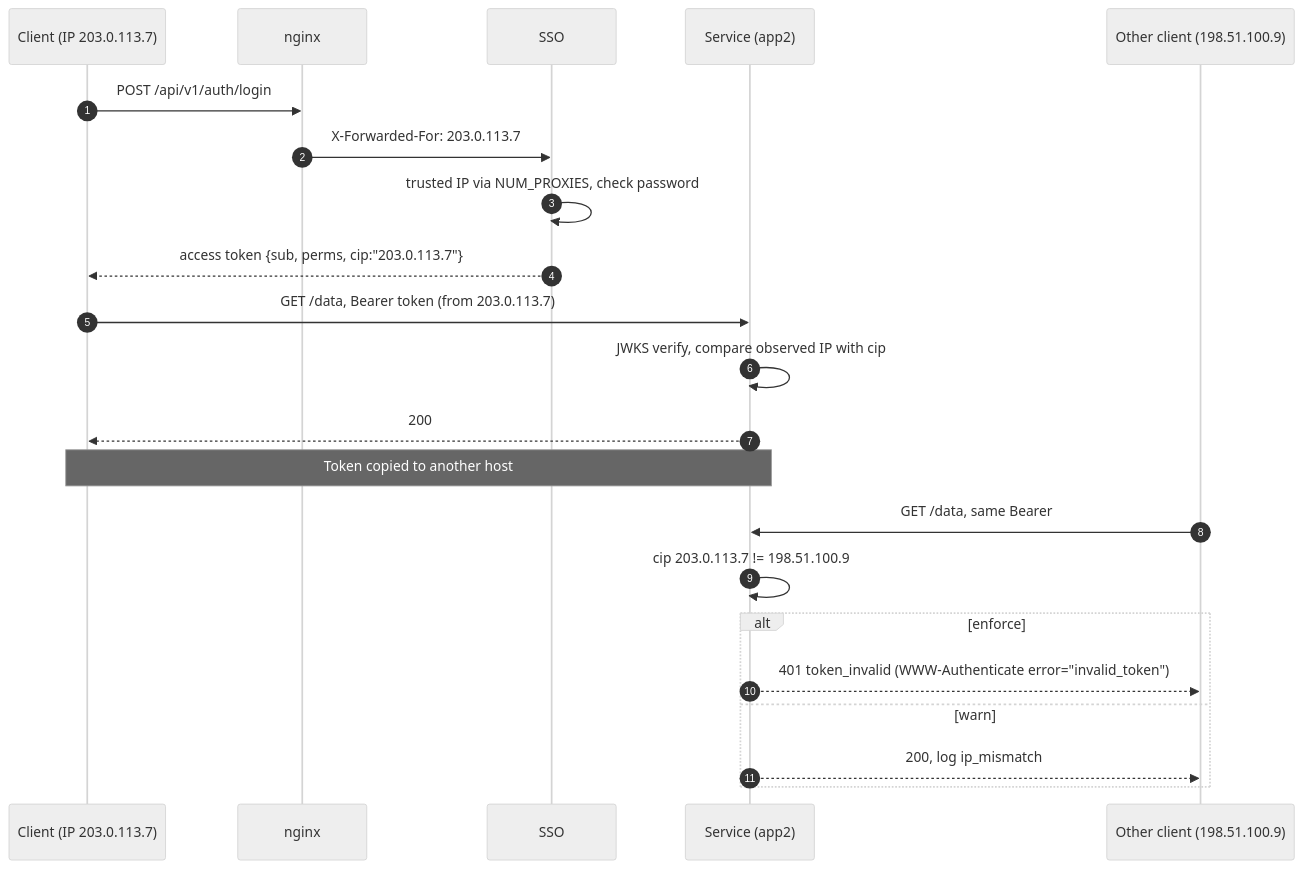
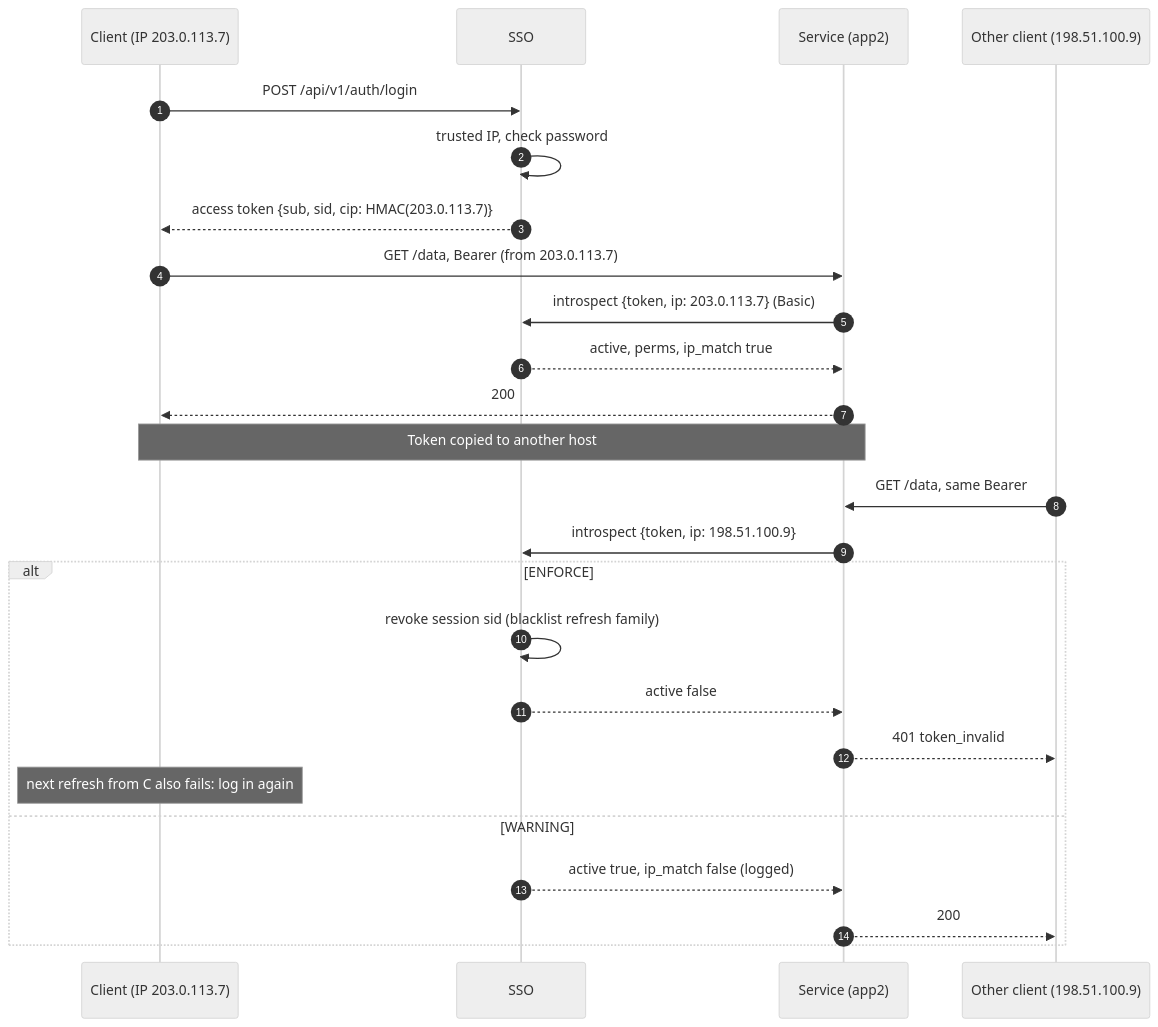
The fourth of 10 diagrams in docs/DESIGN-v1.2-requirements.md (Neural-Matrix-LLC/SSO-server), drawn with Mermaid (neutral theme) before and after one commit. The commit also changed other lines of this file and 4 other files, not shown here.

````diff
--- a/docs/DESIGN-v1.2-requirements.md
+++ b/docs/DESIGN-v1.2-requirements.md
@@ -179,24 +190,27 @@
 ```mermaid
 sequenceDiagram
   autonumber
   participant C as Client (IP 203.0.113.7)
-  participant N as nginx
   participant S as SSO
   participant API as Service (app2)
   participant X as Other client (198.51.100.9)
-  C->>N: POST /api/v1/auth/login
-  N->>S: X-Forwarded-For: 203.0.113.7
-  S->>S: trusted IP via NUM_PROXIES, check password
-  S-->>C: access token {sub, perms, cip:"203.0.113.7"}
-  C->>API: GET /data, Bearer token (from 203.0.113.7)
-  API->>API: JWKS verify, compare observed IP with cip
+  C->>S: POST /api/v1/auth/login
+  S->>S: trusted IP, check password
+  S-->>C: access token {sub, sid, cip: HMAC(203.0.113.7)}
+  C->>API: GET /data, Bearer (from 203.0.113.7)
+  API->>S: introspect {token, ip: 203.0.113.7} (Basic)
+  S-->>API: active, perms, ip_match true
   API-->>C: 200
   Note over C,API: Token copied to another host
   X->>API: GET /data, same Bearer
-  API->>API: cip 203.0.113.7 != 198.51.100.9
-  alt enforce
-    API-->>X: 401 token_invalid (WWW-Authenticate error="invalid_token")
-  else warn
-    API-->>X: 200, log ip_mismatch
+  API->>S: introspect {token, ip: 198.51.100.9}
+  alt ENFORCE
+    S->>S: revoke session sid (blacklist refresh family)
+    S-->>API: active false
+    API-->>X: 401 token_invalid
+    Note over C: next refresh from C also fails: log in again
+  else WARNING
+    S-->>API: active true, ip_match false (logged)
+    API-->>X: 200
   end
 ```
````
